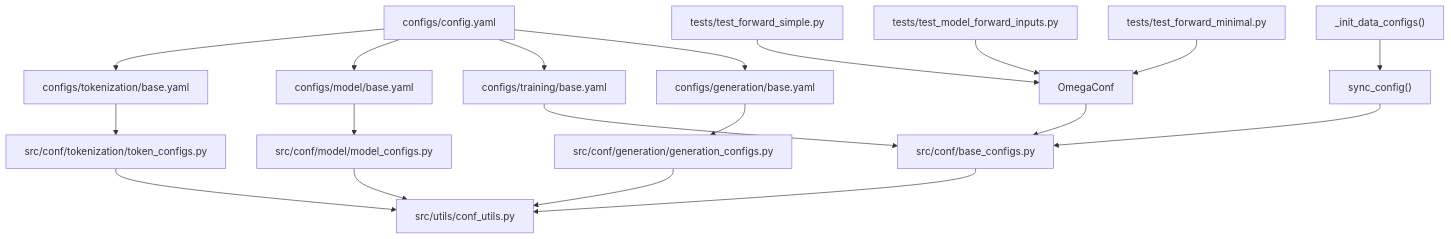
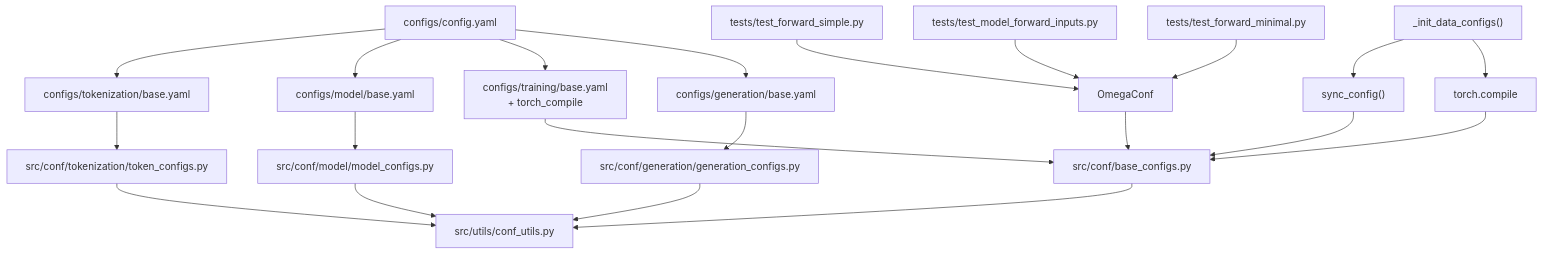
Before and after one commit to alibaba/graph-gpt: diagram 12 of 12 in .qoder/repowiki/en/content/Configuration System/Configuration System.md, drawn with Mermaid. The commit also changed other lines of this file and 2 other files, not shown here.

````diff
--- a/.qoder/repowiki/en/content/Configuration System/Configuration System.md
+++ b/.qoder/repowiki/en/content/Configuration System/Configuration System.md
@@ -675,21 +823,23 @@
 ```mermaid
 graph TB
 Y1["configs/tokenization/base.yaml"] --> DC1["src/conf/tokenization/token_configs.py"]
 Y2["configs/model/base.yaml"] --> DC2["src/conf/model/model_configs.py"]
-Y3["configs/training/base.yaml"] --> DC3["src/conf/base_configs.py"]
+Y3["configs/training/base.yaml<br/>+ torch_compile"] --> DC3["src/conf/base_configs.py"]
 Y4["configs/generation/base.yaml"] --> DC4["src/conf/generation/generation_configs.py"]
 DC1 --> U["src/utils/conf_utils.py"]
 DC2 --> U
 DC3 --> U
 DC4 --> U
 Orchestrator["configs/config.yaml"] --> Y1
 Orchestrator --> Y2
 Orchestrator --> Y3
 Orchestrator --> Y4
 T1["tests/test_forward_simple.py"] --> OC["OmegaConf"]
 T2["tests/test_model_forward_inputs.py"] --> OC
 T3["tests/test_forward_minimal.py"] --> OC
 OC --> DC3
 Sync["sync_config()"] --> DC3
+Compile["torch.compile"] --> DC3
 Pipeline["_init_data_configs()"] --> Sync
+Pipeline --> Compile
 ```
````
